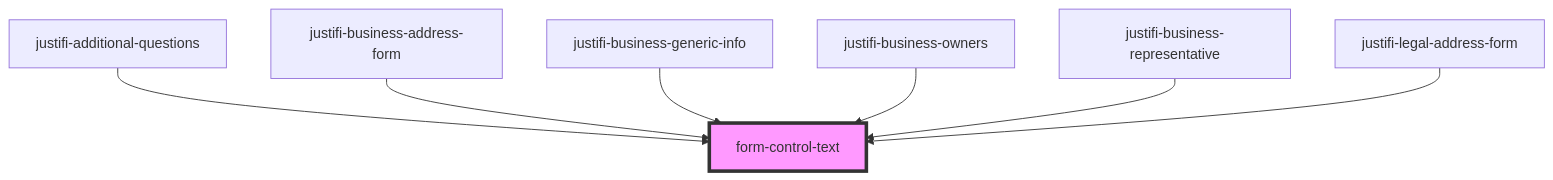
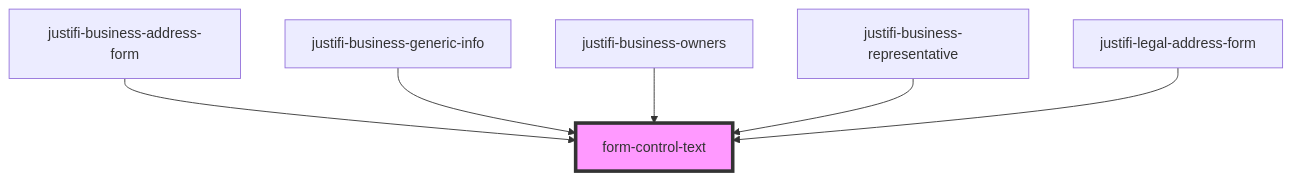
The diagram in stencil-library/src/components/form/readme.md (justifi-tech/web-component-library), drawn with Mermaid before and after one commit. The commit also changed other lines of this file and 18 other files, not shown here.

````diff
--- a/stencil-library/src/components/form/readme.md
+++ b/stencil-library/src/components/form/readme.md
@@ -46,10 +46,9 @@
 ```mermaid
 graph TD;
-  justifi-additional-questions --> form-control-text
   justifi-business-address-form --> form-control-text
   justifi-business-generic-info --> form-control-text
   justifi-business-owners --> form-control-text
   justifi-business-representative --> form-control-text
   justifi-legal-address-form --> form-control-text
   style form-control-text fill:#f9f,stroke:#333,stroke-width:4px
 ```
````
